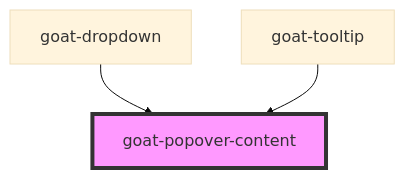
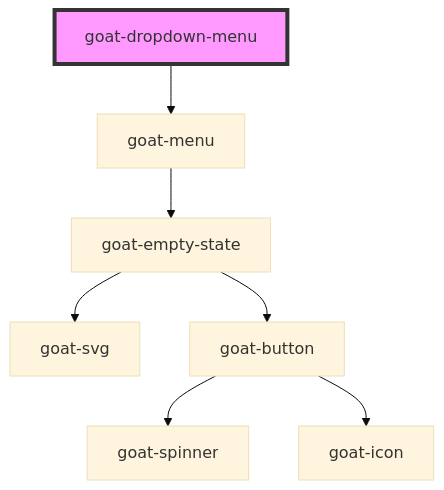
One commit to goatui/components changed the diagram in src/components/navigation/dropdown/dropdown-menu/readme.md. Above: the diagram before and after it, drawn with Mermaid (base theme). The commit also changed other lines of this file and 22 other files, not shown here.

````diff
--- a/src/components/navigation/dropdown/dropdown-menu/readme.md
+++ b/src/components/navigation/dropdown/dropdown-menu/readme.md
@@ -16,6 +36,10 @@
 ```mermaid
 graph TD;
-  goat-dropdown --> goat-popover-content
-  goat-tooltip --> goat-popover-content
-  style goat-popover-content fill:#f9f,stroke:#333,stroke-width:4px
+  goat-dropdown-menu --> goat-menu
+  goat-menu --> goat-empty-state
+  goat-empty-state --> goat-svg
+  goat-empty-state --> goat-button
+  goat-button --> goat-spinner
+  goat-button --> goat-icon
+  style goat-dropdown-menu fill:#f9f,stroke:#333,stroke-width:4px
 ```
````
